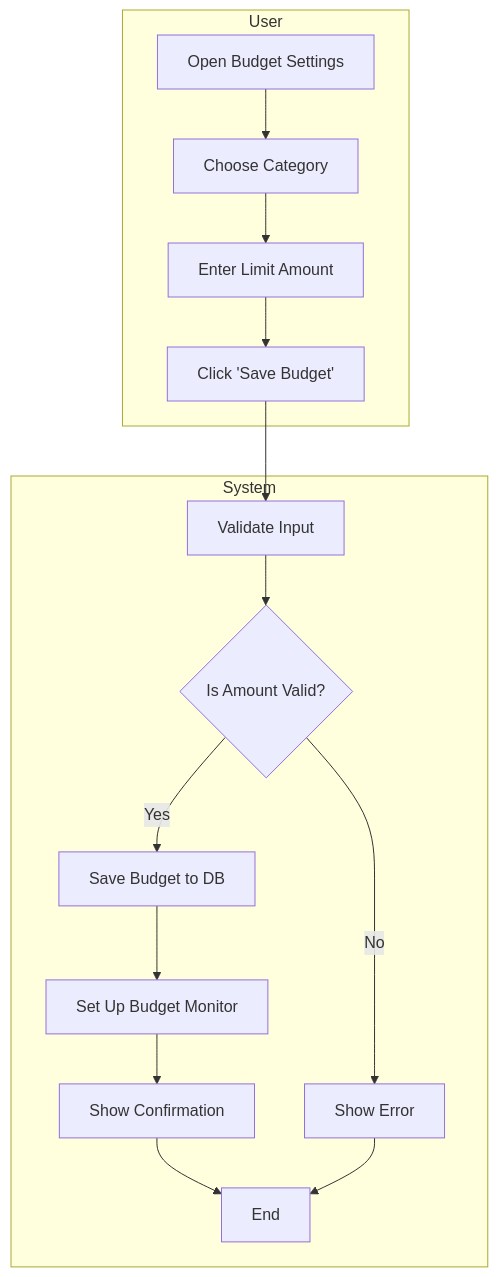
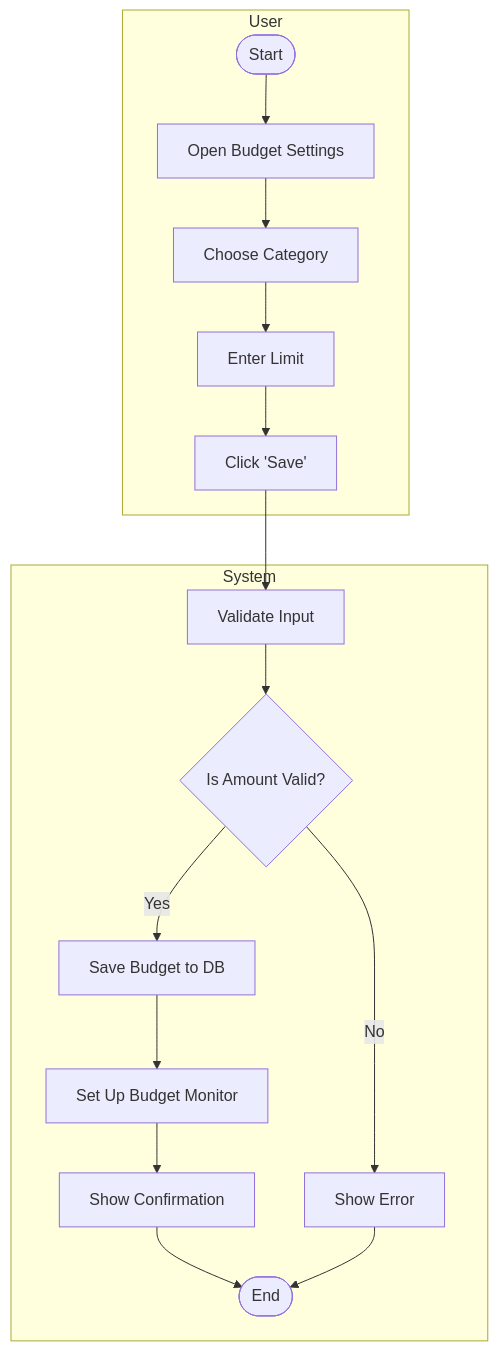
The fifth of 8 diagrams in Assignment_8/ACTIVITY_DIAGRAMS.md (Wareezy/Budget_Tracker), drawn with Mermaid before and after one commit. The commit also changed other lines of this file, not shown here.

````diff
--- a/Assignment_8/ACTIVITY_DIAGRAMS.md
+++ b/Assignment_8/ACTIVITY_DIAGRAMS.md
@@ -130,25 +104,16 @@
 ```mermaid
 
 flowchart TD
     subgraph User
-        A1[Open Budget Settings]
-        A2[Choose Category]
-        A3[Enter Limit Amount]
-        A4[Click 'Save Budget']
+        A1([Start]) --> A2[Open Budget Settings] --> A3[Choose Category] --> A4[Enter Limit] --> A5[Click 'Save']
     end
 
     subgraph System
-        B1[Validate Input]
-        B2{Is Amount Valid?}
-        B3[Save Budget to DB]
-        B4[Set Up Budget Monitor]
-        B5[Show Confirmation]
-        B6[Show Error]
-        B7[End]
+        B1[Validate Input] --> B2{Is Amount Valid?}
+        B2 -- Yes --> B3[Save Budget to DB] --> B4[Set Up Budget Monitor] --> B5[Show Confirmation] --> B6([End])
+        B2 -- No --> B7[Show Error] --> B6
     end
 
-    A1 --> A2 --> A3 --> A4 --> B1 --> B2
-    B2 -- Yes --> B3 --> B4 --> B5 --> B7
-    B2 -- No --> B6 --> B7
+    A5 --> B1
 
 ```
````
